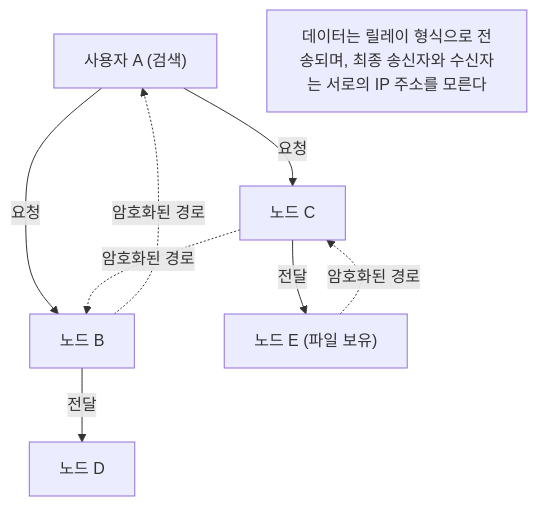
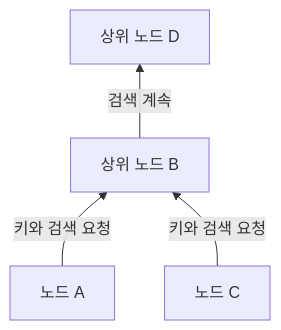
Before and after one commit to kenjinote/blog: the first of 2 diagrams in content/post/history-of-winny/index.ko.md, drawn with Mermaid. The commit also changed other lines of this file and 13 other files, not shown here.

````diff
--- a/content/post/history-of-winny/index.ko.md
+++ b/content/post/history-of-winny/index.ko.md
@@ -52,11 +47,6 @@
 ```mermaid
-graph TD
-    NodeA["사용자 A (검색)"] -->|"요청"| NodeB["노드 B"]
-    NodeA -->|"요청"| NodeC["노드 C"]
-    NodeB -->|"전달"| NodeD["노드 D"]
-    NodeC -->|"전달"| NodeE["노드 E (파일 보유)"]
-    NodeE -.->|"암호화된 경로"| NodeC
-    NodeC -.->|"암호화된 경로"| NodeB
-    NodeB -.->|"암호화된 경로"| NodeA
-    Note["데이터는 릴레이 형식으로 전송되며, 최종 송신자와 수신자는 서로의 IP 주소를 모른다"]
+flowchart BT
+    A["노드 A"] -->|"키와 검색 요청"| B["상위 노드 B"]
+    C["노드 C"] -->|"키와 검색 요청"| B
+    B -->|"검색 계속"| D["상위 노드 D"]
 ```
````
